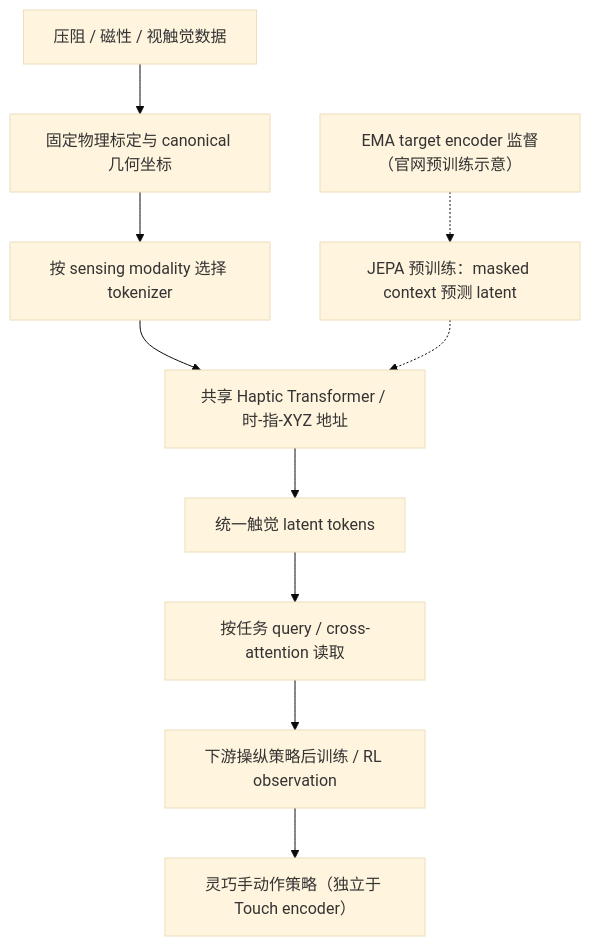
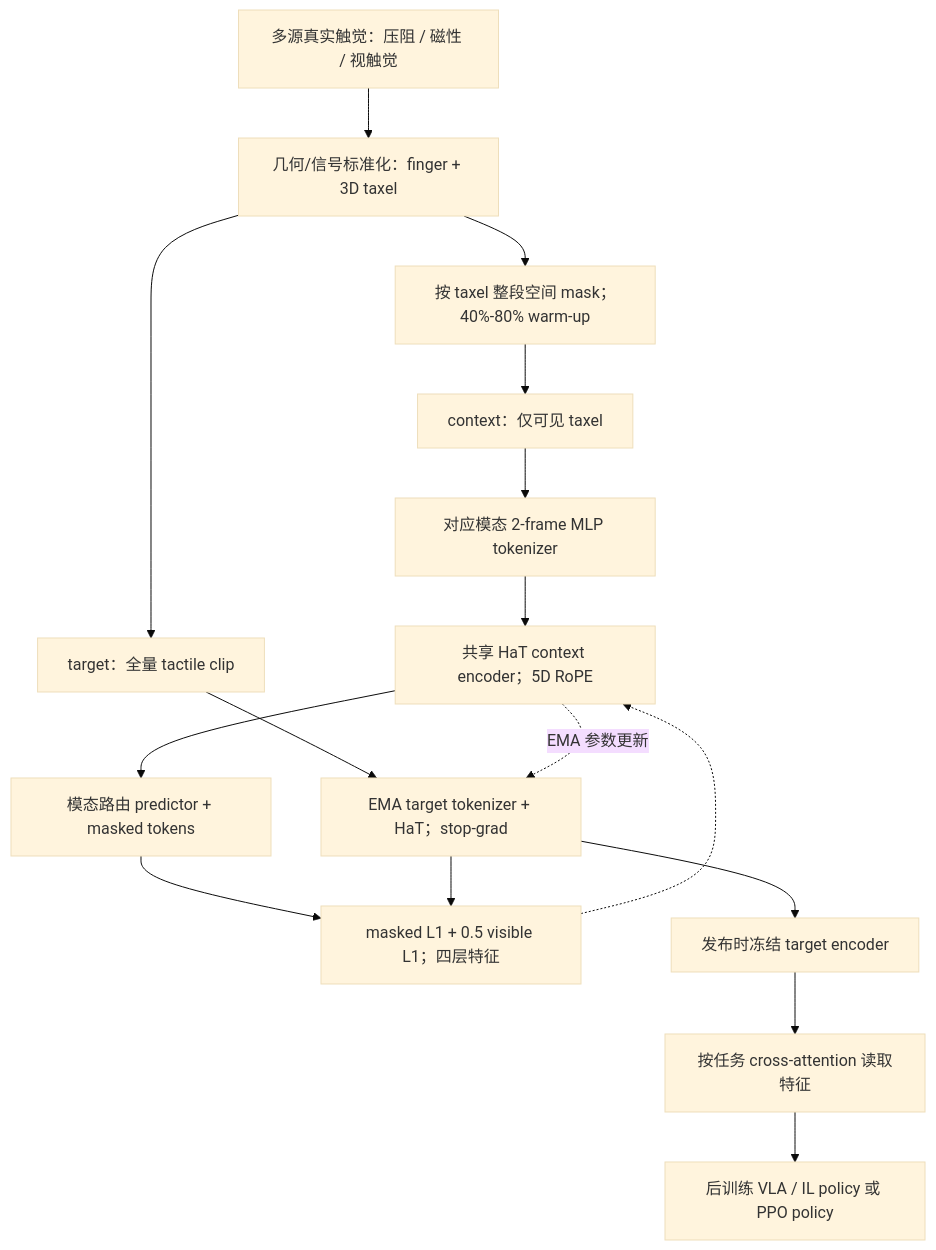
The first of 2 diagrams in wiki/entities/paper-lingbot-touch.md (ImChong/Robotics_Notebooks), drawn with Mermaid (base theme) before and after one commit. The commit also changed other lines of this file, not shown here.

Commit message:
[2026-11-10] ingest | wiki/entities/paper-lingbot-touch.md — 完整核对27页论文并更新实验边界

````diff
--- a/wiki/entities/paper-lingbot-touch.md
+++ b/wiki/entities/paper-lingbot-touch.md
@@ -69,12 +69,18 @@
 ```mermaid
 flowchart TD
-  A["压阻 / 磁性 / 视触觉数据"] --> G["固定物理标定与 canonical 几何坐标"]
-  G --> T["按 sensing modality 选择 tokenizer"]
-  T --> H["共享 Haptic Transformer / 时-指-XYZ 地址"]
-  H --> L["统一触觉 latent tokens"]
-  P["JEPA 预训练：masked context 预测 latent"] -.-> H
-  E["EMA target encoder 监督（官网预训练示意）"] -.-> P
-  L --> Q["按任务 query / cross-attention 读取"]
-  Q --> V["下游操纵策略后训练 / RL observation"]
-  V --> R["灵巧手动作策略（独立于 Touch encoder）"]
+  X["多源真实触觉：压阻 / 磁性 / 视触觉"] --> G["几何/信号标准化：finger + 3D taxel"]
+  G --> M["按 taxel 整段空间 mask；40%-80% warm-up"]
+  M --> V["context：仅可见 taxel"]
+  G --> U["target：全量 tactile clip"]
+  V --> T["对应模态 2-frame MLP tokenizer"]
+  T --> C["共享 HaT context encoder；5D RoPE"]
+  C --> P["模态路由 predictor + masked tokens"]
+  U --> TT["EMA target tokenizer + HaT；stop-grad"]
+  P --> Loss["masked L1 + 0.5 visible L1；四层特征"]
+  TT --> Loss
+  Loss -.-> C
+  C -.->|"EMA 参数更新"| TT
+  TT --> F["发布时冻结 target encoder"]
+  F --> Q["按任务 cross-attention 读取特征"]
+  Q --> R["后训练 VLA / IL policy 或 PPO policy"]
 ```
````
